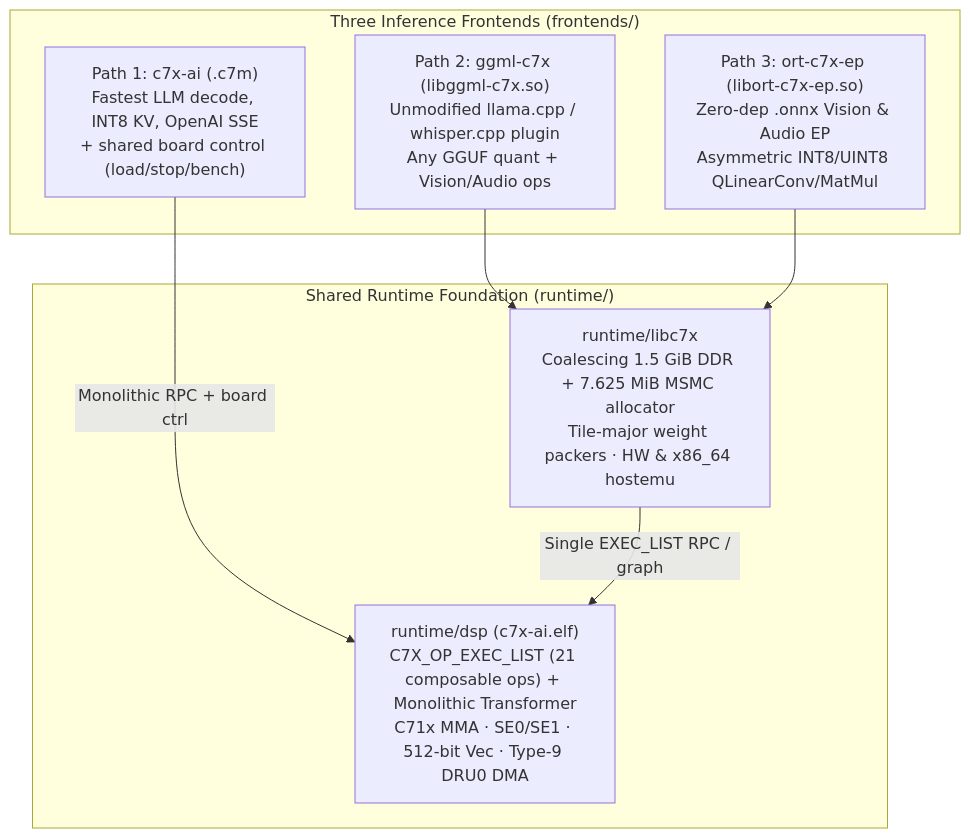
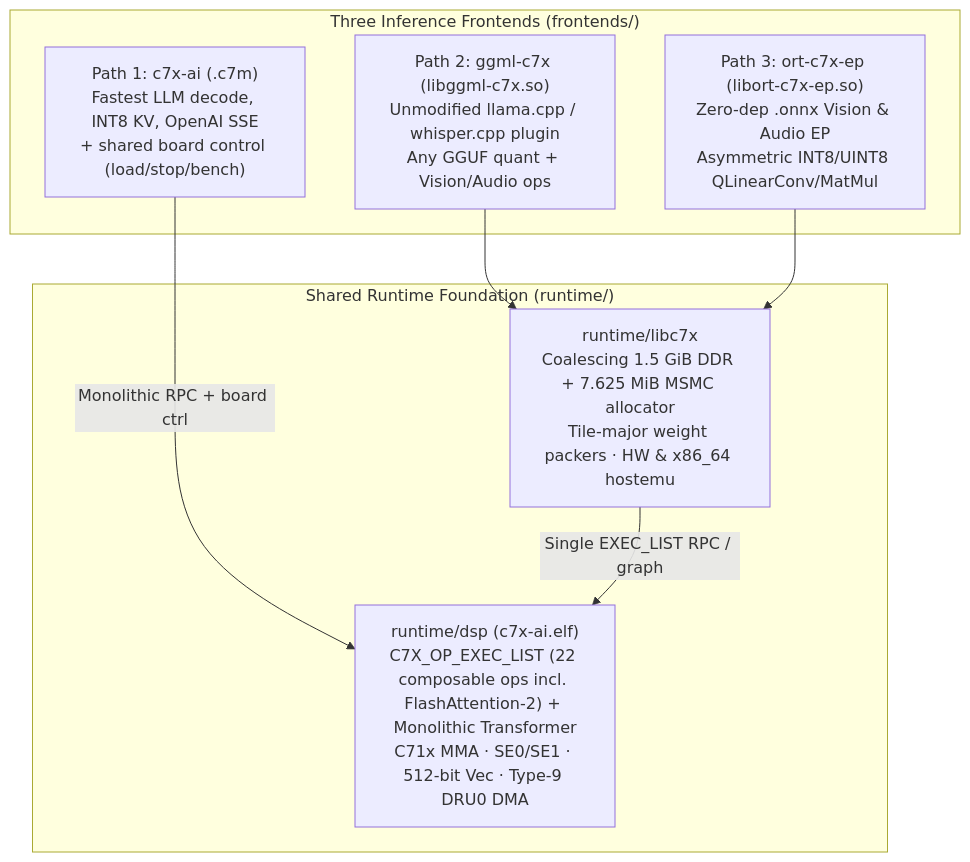
The diagram in README.md (kevinacahalan/BeagleBoneAI64-c7x-ai-runtimes), drawn with Mermaid before and after one commit. The commit also changed other lines of this file and 21 other files, not shown here.

First line of the commit message:
Add unified board bundle, ggml-c7x FlashAttention-2 + fusion, and hybrid ONNX EP

````diff
--- a/README.md
+++ b/README.md
@@ -23,18 +23,18 @@
 ```mermaid
 flowchart TB
   subgraph Frontends["Three Inference Frontends (frontends/)"]
     F1["Path 1: c7x-ai (.c7m)<br/>Fastest LLM decode, INT8 KV, OpenAI SSE<br/>+ shared board control (load/stop/bench)"]
     F2["Path 2: ggml-c7x (libggml-c7x.so)<br/>Unmodified llama.cpp / whisper.cpp plugin<br/>Any GGUF quant + Vision/Audio ops"]
     F3["Path 3: ort-c7x-ep (libort-c7x-ep.so)<br/>Zero-dep .onnx Vision & Audio EP<br/>Asymmetric INT8/UINT8 QLinearConv/MatMul"]
   end
 
   subgraph Runtime["Shared Runtime Foundation (runtime/)"]
     RT["runtime/libc7x<br/>Coalescing 1.5 GiB DDR + 7.625 MiB MSMC allocator<br/>Tile-major weight packers · HW & x86_64 hostemu"]
-    FW["runtime/dsp (c7x-ai.elf)<br/>C7X_OP_EXEC_LIST (21 composable ops) + Monolithic Transformer<br/>C71x MMA · SE0/SE1 · 512-bit Vec · Type-9 DRU0 DMA"]
+    FW["runtime/dsp (c7x-ai.elf)<br/>C7X_OP_EXEC_LIST (22 composable ops incl. FlashAttention-2) + Monolithic Transformer<br/>C71x MMA · SE0/SE1 · 512-bit Vec · Type-9 DRU0 DMA"]
   end
 
   F1 -->|"Monolithic RPC + board ctrl"| FW
   F2 --> RT
   F3 --> RT
   RT -->|"Single EXEC_LIST RPC / graph"| FW
 ```
````
